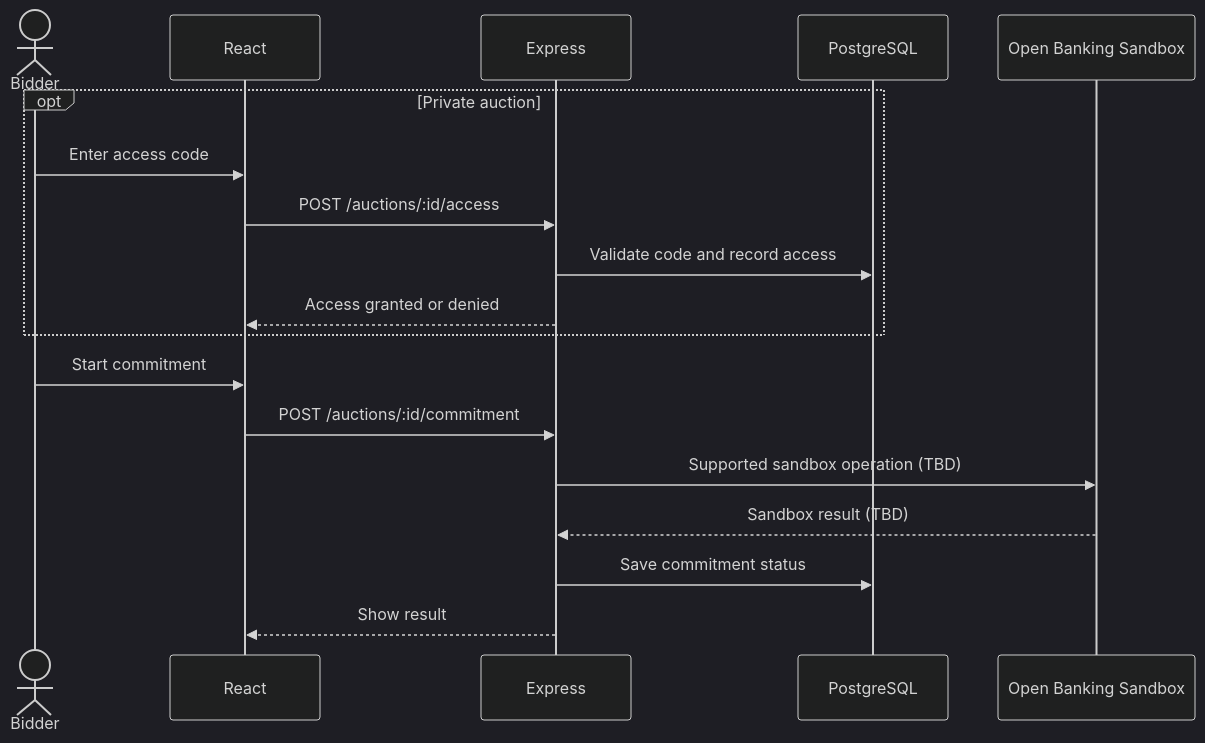
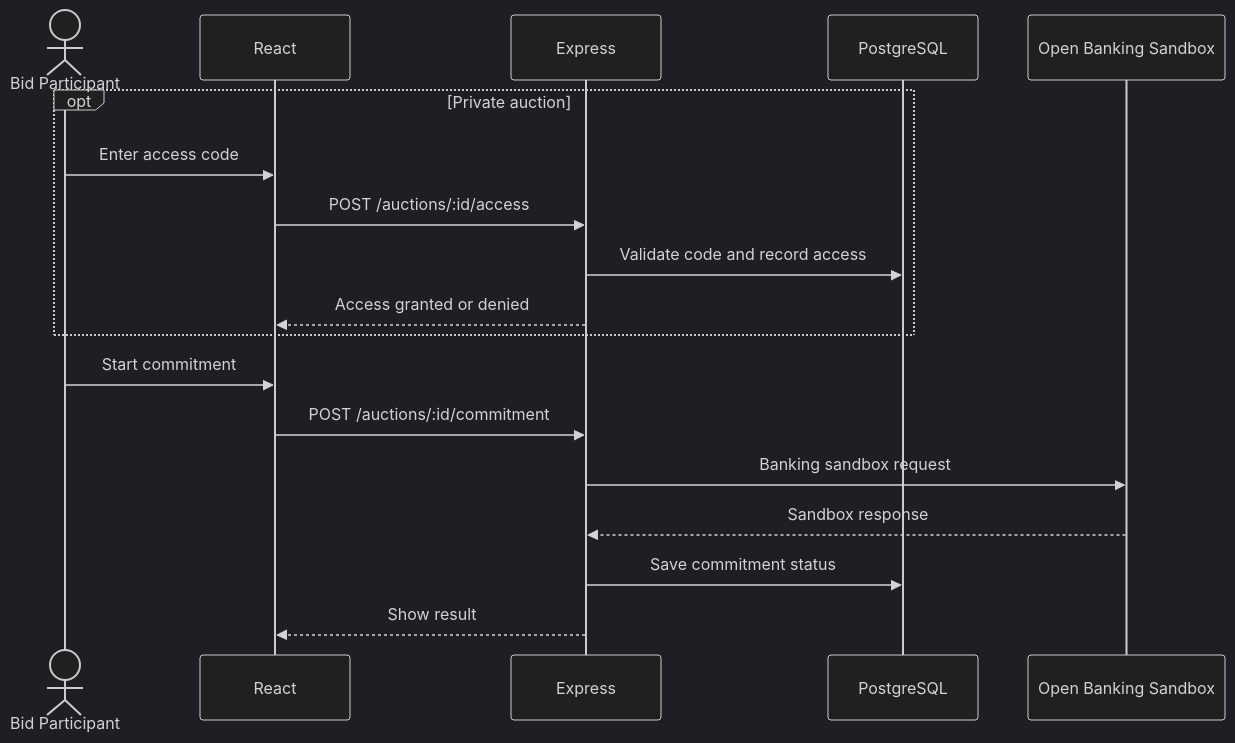
The sixth of 8 diagrams in Stage_3/Report.MD (Abeerr0/mezyad), drawn with Mermaid (dark theme) before and after one commit. The commit also changed other lines of this file, not shown here.

Commit message:
docs: simplify Mezyad to User and Admin accounts with unified user stories

````diff
--- a/Stage_3/Report.MD
+++ b/Stage_3/Report.MD
@@ -343,20 +276,20 @@
 ```mermaid
 sequenceDiagram
-  actor Bidder
+  actor User as Bid Participant
   participant UI as React
   participant API as Express
   participant DB as PostgreSQL
   participant Bank as Open Banking Sandbox
   opt Private auction
-    Bidder->>UI: Enter access code
+    User->>UI: Enter access code
     UI->>API: POST /auctions/:id/access
     API->>DB: Validate code and record access
     API-->>UI: Access granted or denied
   end
-  Bidder->>UI: Start commitment
+  User->>UI: Start commitment
   UI->>API: POST /auctions/:id/commitment
-  API->>Bank: Supported sandbox operation (TBD)
-  Bank-->>API: Sandbox result (TBD)
+  API->>Bank: Banking sandbox request
+  Bank-->>API: Sandbox response
   API->>DB: Save commitment status
   API-->>UI: Show result
 ```
````
